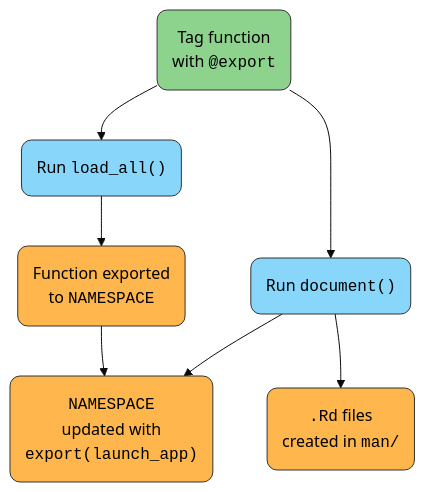
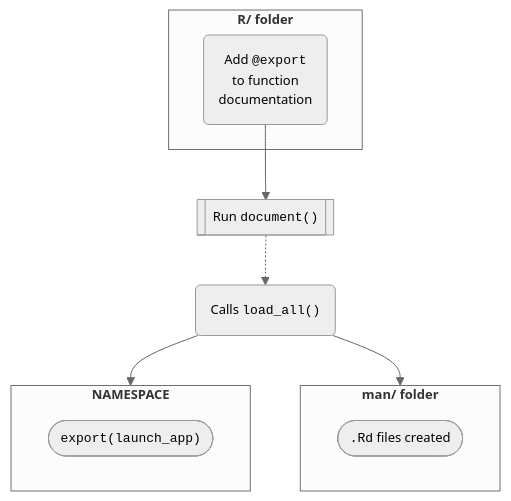
One commit to mjfrigaard/shiny-app-pkgs changed the second of 3 diagrams in dependencies.qmd. Above: the diagram before and after it, drawn with Mermaid. The commit also changed other lines of this file and 74 other files, not shown here.

````diff
--- a/dependencies.qmd
+++ b/dependencies.qmd
@@ -516,32 +469,22 @@
 ```{mermaid}
 %%| fig-align: center
 %%| fig-cap: 'What @export does'
-%%{init: {'theme': 'base', 'themeVariables': { 'fontFamily': 'monospace', 'primaryColor': '#33a02c', 'edgeLabelBackground':'#02577A'}}}%%
+%%{init: {'theme': 'neutral', 'themeVariables': { 'fontFamily': 'monospace', "fontSize":"13px"}}}%%
+flowchart
+    subgraph R["<strong>R/ folder</strong>"]
+        Tag("Add <code>@export</code><br>to function<br>documentation")
+    end
+  subgraph NS["<strong>NAMESPACE</strong>"]
+        Exported(["<code>export(launch_app)</code>"])
+  end
+  subgraph Man["<strong>man/ folder</strong>"]
+        RdFile(["<code>.Rd</code> files created"])
+  end
+  Document[["Run <code>document()</code>"]]
+  Load("Calls <code>load_all()</code>")
+  
 
-flowchart
-  Tag("Tag function 
-	  with <code>@export</code>")
-  LoadAll("Run <code>load_all()</code>")
-  Document("Run <code>document()</code>")
-  Exported("Function exported 
-            to <code>NAMESPACE</code>")
-  NAMESPACE("<code>NAMESPACE</code> 
-            updated with 
-            <code>export(launch_app)</code>")
-  RdFile("<code>.Rd</code> files 
-	     created in <code>man/</code>")
+  Tag --> Document
+  Document -.-> Load --> NS & Man
 
-  Tag --> LoadAll
-  Tag --> Document
-  LoadAll --> Exported
-  Document --> NAMESPACE
-  Document --> RdFile
-  Exported --> NAMESPACE
-  
-  style Tag fill:#8dd38d,color:#000000,stroke:#333,stroke-width:1px,rx:10,ry:10
-  style LoadAll fill:#89D6FB,color:#000000,stroke:#333,stroke-width:1px,rx:10,ry:10
-  style Document fill:#89D6FB,color:#000000,stroke:#333,stroke-width:1px,rx:10,ry:10
-  style Exported fill:#FFB64C,color:#000000,stroke:#333,stroke-width:1px,rx:10,ry:10
-  style NAMESPACE fill:#FFB64C,color:#000000,stroke:#333,stroke-width:1px,rx:10,ry:10
-  style RdFile fill:#FFB64C,color:#000000,stroke:#333,stroke-width:1px,rx:10,ry:10
 ```
````
